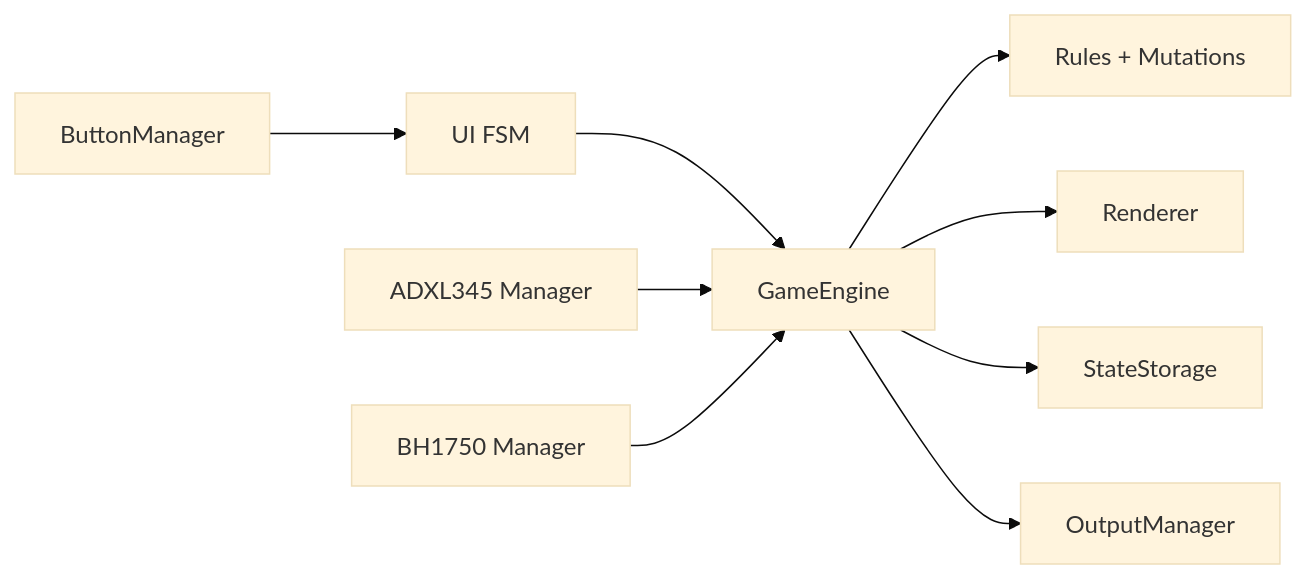
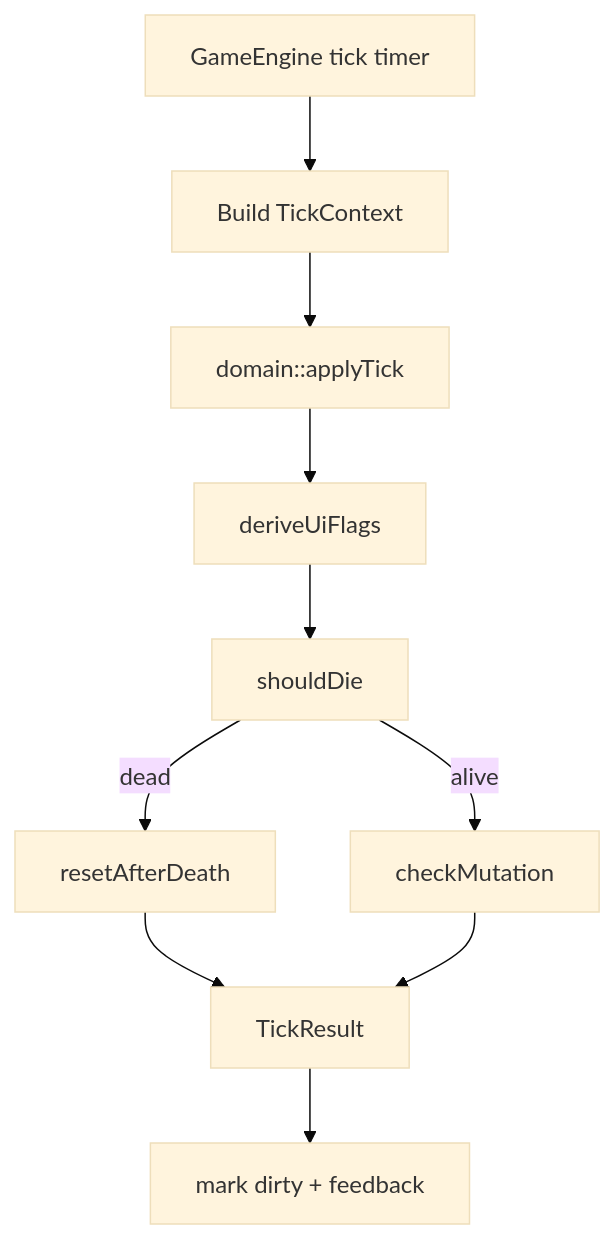
Before and after one commit to ksenkadinozavr-design/XENOVET: the first of 3 diagrams in firmware/docs/ARCHITECTURE.md, drawn with Mermaid (base theme). The commit also changed other lines of this file and 49 other files, not shown here.

Commit message:
refactor: harden firmware architecture, rules pipeline, FSM, storage and tests

````diff
--- a/firmware/docs/ARCHITECTURE.md
+++ b/firmware/docs/ARCHITECTURE.md
@@ -38,11 +19,12 @@
 ```mermaid
-graph LR
-  BTN[ButtonManager] --> FSM[UI FSM]
-  FSM --> ENG[GameEngine]
-  ADXL[ADXL345 Manager] --> ENG
-  BH[BH1750 Manager] --> ENG
-  ENG --> RULES[Rules + Mutations]
-  ENG --> REND[Renderer]
-  ENG --> NVS[StateStorage]
-  ENG --> OUT[OutputManager]
+flowchart TD
+  A[GameEngine tick timer] --> B[Build TickContext]
+  B --> C[domain::applyTick]
+  C --> D[deriveUiFlags]
+  D --> E[shouldDie]
+  E -- dead --> F[resetAfterDeath]
+  E -- alive --> G[checkMutation]
+  F --> H[TickResult]
+  G --> H[TickResult]
+  H --> I[mark dirty + feedback]
 ```
````
